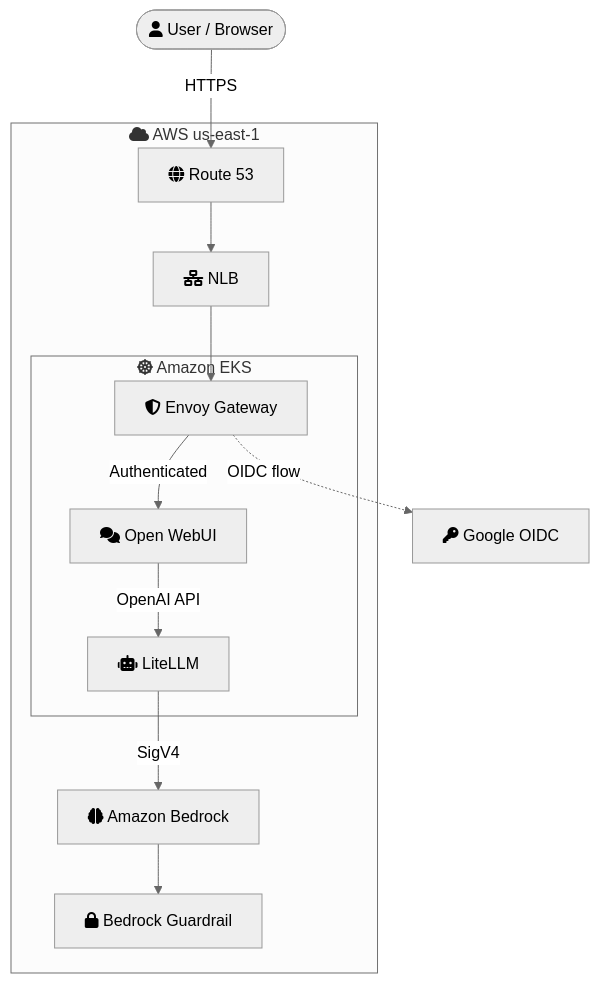
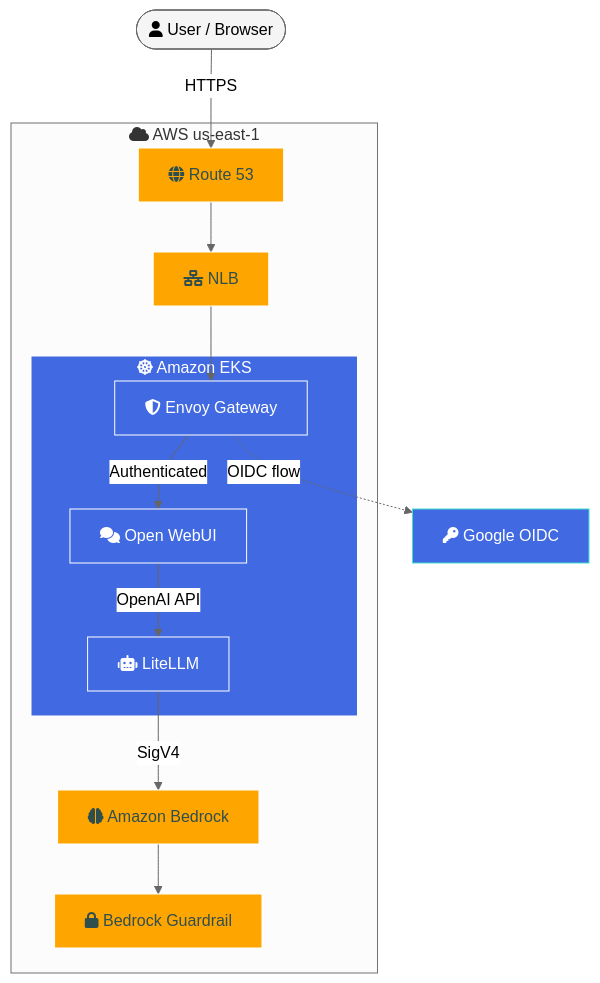
Before and after one commit to ruzickap/ruzickap.github.io: the first of 2 diagrams in _posts/2026/2026-05-26-openwebui-eks-bedrock-opentofu.md, drawn with Mermaid (neutral theme). The commit also changed other lines of this file and 4 other files, not shown here.

First line of the commit message:
docs: add colors to mermaid diagrams (#562)

````diff
--- a/_posts/2026/2026-05-26-openwebui-eks-bedrock-opentofu.md
+++ b/_posts/2026/2026-05-26-openwebui-eks-bedrock-opentofu.md
@@ -58,26 +58,37 @@
 ```mermaid
 flowchart TD
   User(["fa:fa-user User / Browser"])
   Google["fa:fa-key Google OIDC"]
 
   User -- HTTPS --> R53
   R53 --> NLB
   NLB --> EG
   EG -. OIDC flow .-> Google
   EG -- Authenticated --> OW
   OW -- OpenAI API --> LL
   LL -- SigV4 --> BR
   BR --> GR
 
   subgraph AWS["fa:fa-cloud AWS us-east-1"]
     R53["fa:fa-globe Route 53"]
     NLB["fa:fa-network-wired NLB"]
     BR["fa:fa-brain Amazon Bedrock"]
     GR["fa:fa-lock Bedrock Guardrail"]
     subgraph EKS["fa:fa-dharmachakra Amazon EKS"]
       EG["fa:fa-shield-alt Envoy Gateway"]
       OW["fa:fa-comments Open WebUI"]
       LL["fa:fa-robot LiteLLM"]
     end
   end
+
+  style User fill:whitesmoke,stroke:dimgray,color:black
+  style Google fill:royalblue,stroke:turquoise,color:white
+  style R53 fill:orange,stroke:white,color:darkslategray
+  style NLB fill:orange,stroke:white,color:darkslategray
+  style BR fill:orange,stroke:white,color:darkslategray
+  style GR fill:orange,stroke:white,color:darkslategray
+  style EKS fill:royalblue,stroke:white,color:white
+  style EG fill:royalblue,stroke:white,color:white
+  style OW fill:royalblue,stroke:white,color:white
+  style LL fill:royalblue,stroke:white,color:white
 ```
````
